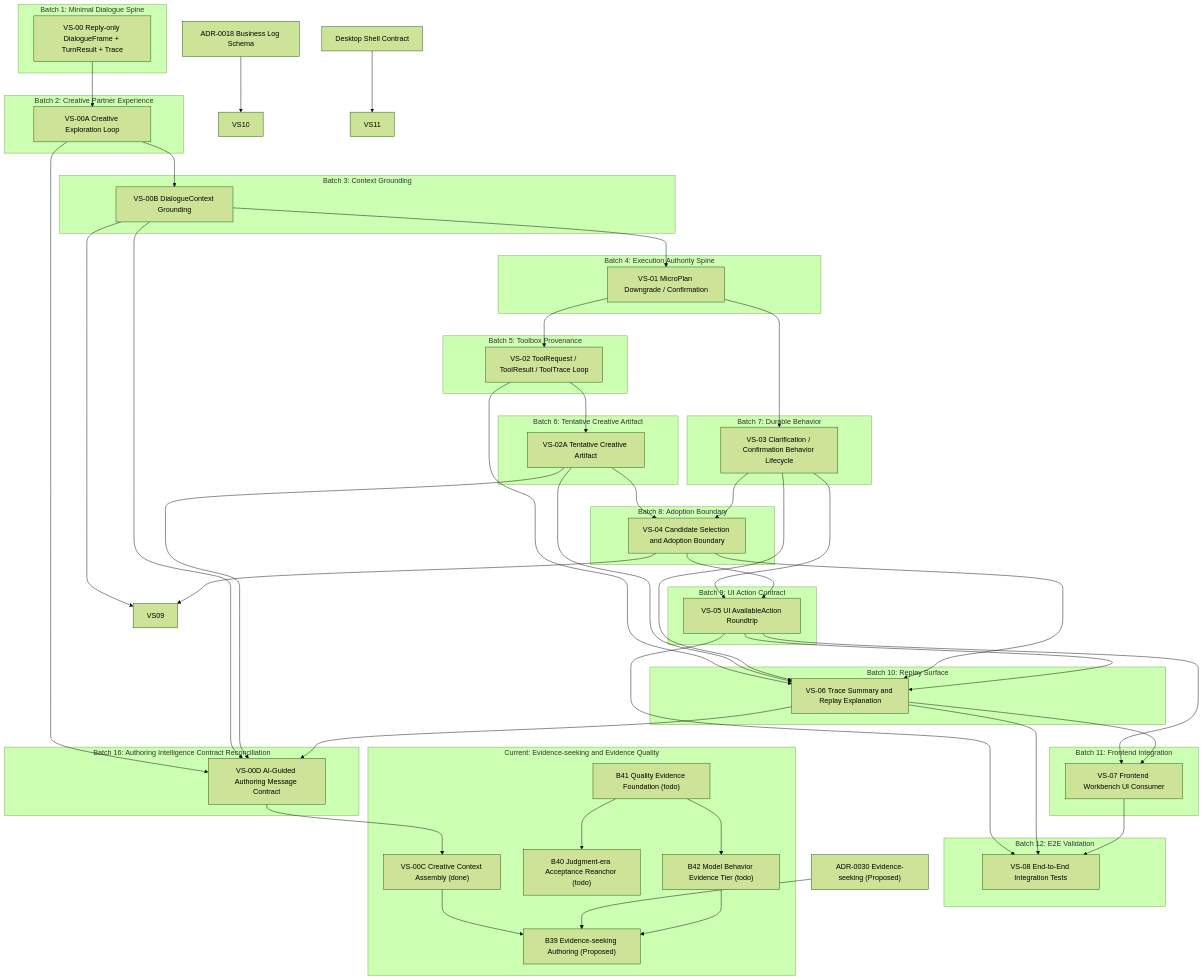
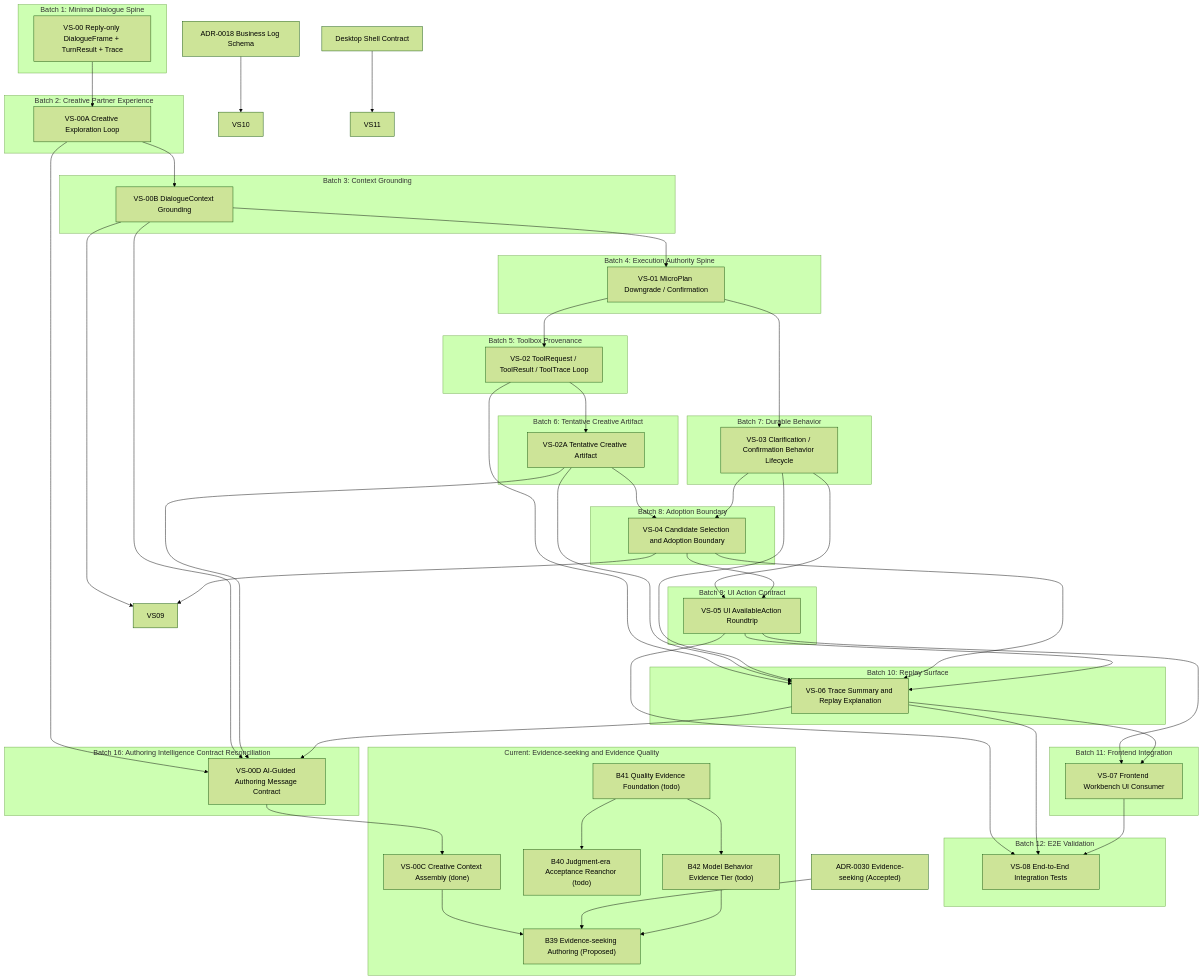
The diagram in tasks/slices/v3/DAG.md (tongsh6/ai-novel-studio), drawn with Mermaid (forest theme) before and after one commit. The commit also changed other lines of this file and 72 other files, not shown here.

```diff
--- a/tasks/slices/v3/DAG.md
+++ b/tasks/slices/v3/DAG.md
@@ -72,7 +72,7 @@
     B42["B42 Model Behavior Evidence Tier (todo)"]
   end
 
-  ADR0030["ADR-0030 Evidence-seeking (Proposed)"]
+  ADR0030["ADR-0030 Evidence-seeking (Accepted)"]
   ADR0018["ADR-0018 Business Log Schema"]
   Desktop["Desktop Shell Contract"]
 
```
